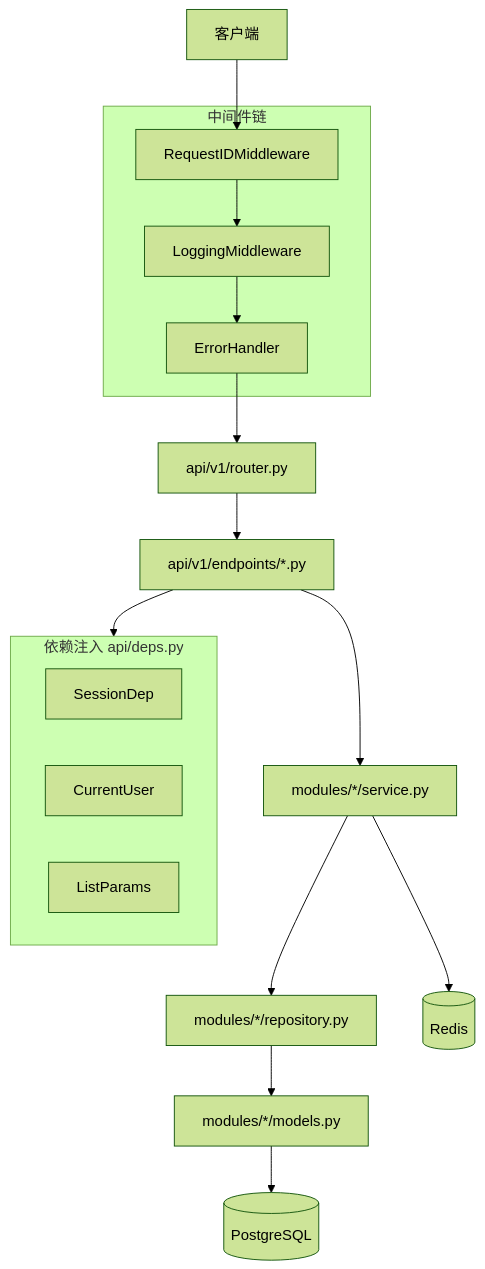
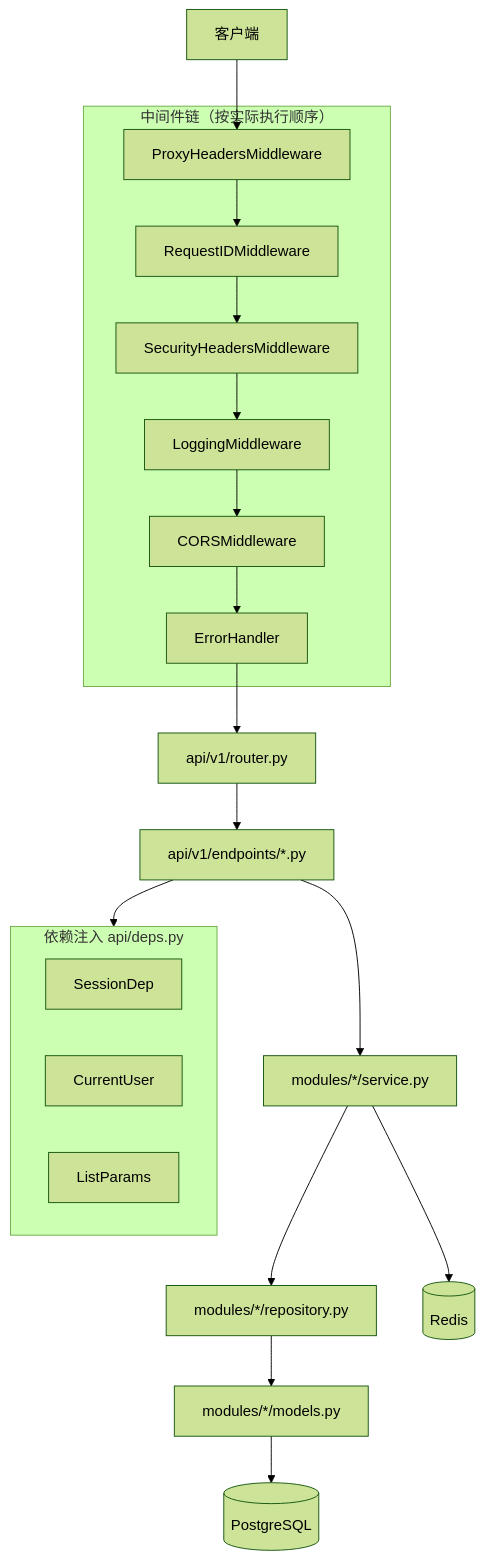
Before and after one commit to xyzdbb/server-template: the first of 2 diagrams in README.md, drawn with Mermaid (forest theme). The commit also changed other lines of this file and 11 other files, not shown here.

````diff
--- a/README.md
+++ b/README.md
@@ -39,26 +39,29 @@
 ```mermaid
 flowchart TD
-    Client[客户端] --> Middleware
+    Client[客户端] --> ProxyHeaders
 
-    subgraph middlewareChain [中间件链]
-        Middleware[RequestIDMiddleware]
-        Middleware --> Logging[LoggingMiddleware]
-        Logging --> ErrorHandler[ErrorHandler]
+    subgraph middlewareChain [中间件链（按实际执行顺序）]
+        ProxyHeaders[ProxyHeadersMiddleware]
+        ProxyHeaders --> RequestID[RequestIDMiddleware]
+        RequestID --> Security[SecurityHeadersMiddleware]
+        Security --> Logging[LoggingMiddleware]
+        Logging --> CORS[CORSMiddleware]
+        CORS --> ErrorHandler[ErrorHandler]
     end
 
     ErrorHandler --> Router[api/v1/router.py]
     Router --> Endpoint[api/v1/endpoints/*.py]
 
     subgraph depInjection [依赖注入 api/deps.py]
         SessionDep[SessionDep]
         CurrentUser[CurrentUser]
         ListParams[ListParams]
     end
 
     Endpoint --> depInjection
     Endpoint --> Service[modules/*/service.py]
     Service --> Repository[modules/*/repository.py]
     Service --> Redis[(Redis)]
     Repository --> Model[modules/*/models.py]
     Model --> DB[(PostgreSQL)]
 ```
````
